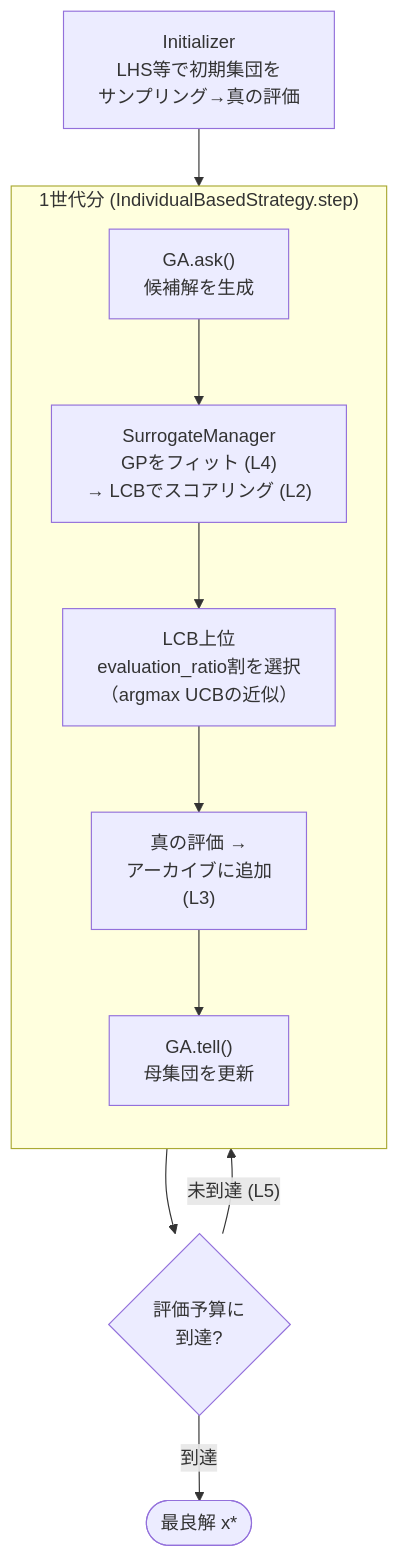
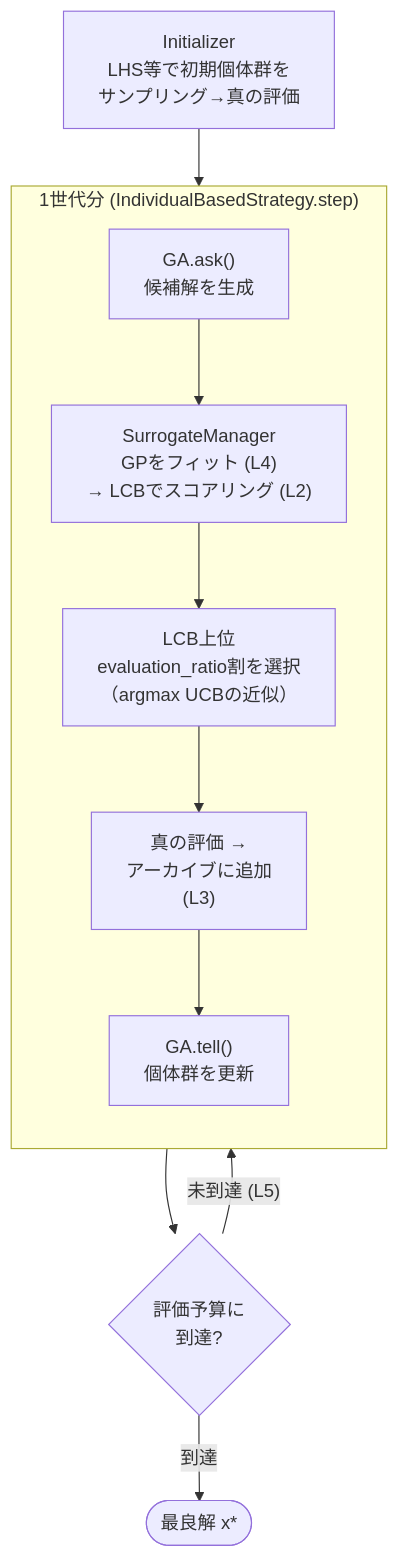
One commit to shlka/saealib changed the diagram in docs/algorithms/gp_ucb.md. Above: the diagram before and after it, drawn with Mermaid. The commit also changed 27 other files, not shown here.

````diff
--- a/docs/algorithms/gp_ucb.md
+++ b/docs/algorithms/gp_ucb.md
@@ -89,14 +89,14 @@
 ```{mermaid}
 flowchart TD
-    INIT["Initializer<br/>LHS等で初期集団を<br/>サンプリング→真の評価"] --> ASK
+    INIT["Initializer<br/>LHS等で初期個体群を<br/>サンプリング→真の評価"] --> ASK
     subgraph GEN["1世代分 (IndividualBasedStrategy.step)"]
         direction TB
         ASK["GA.ask()<br/>候補解を生成"] --> SCORE["SurrogateManager<br/>GPをフィット (L4)<br/>→ LCBでスコアリング (L2)"]
         SCORE --> SORT["LCB上位<br/>evaluation_ratio割を選択<br/>（argmax UCBの近似）"]
         SORT --> EVAL["真の評価 →<br/>アーカイブに追加<br/>(L3)"]
-        EVAL --> TELL["GA.tell()<br/>母集団を更新"]
+        EVAL --> TELL["GA.tell()<br/>個体群を更新"]
     end
     GEN --> TERM{"評価予算に<br/>到達?"}
     TERM -- "未到達 (L5)" --> ASK
     TERM -- "到達" --> RESULT(["最良解 x*"])
 ```
````
